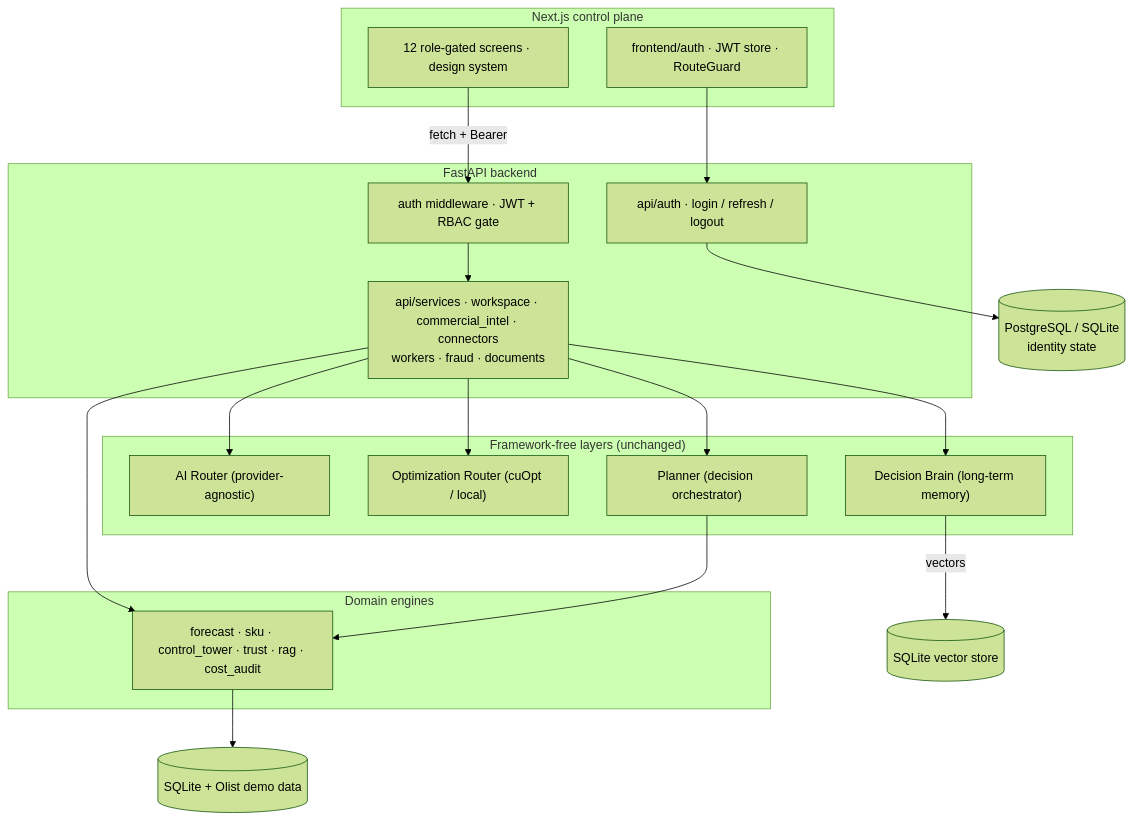
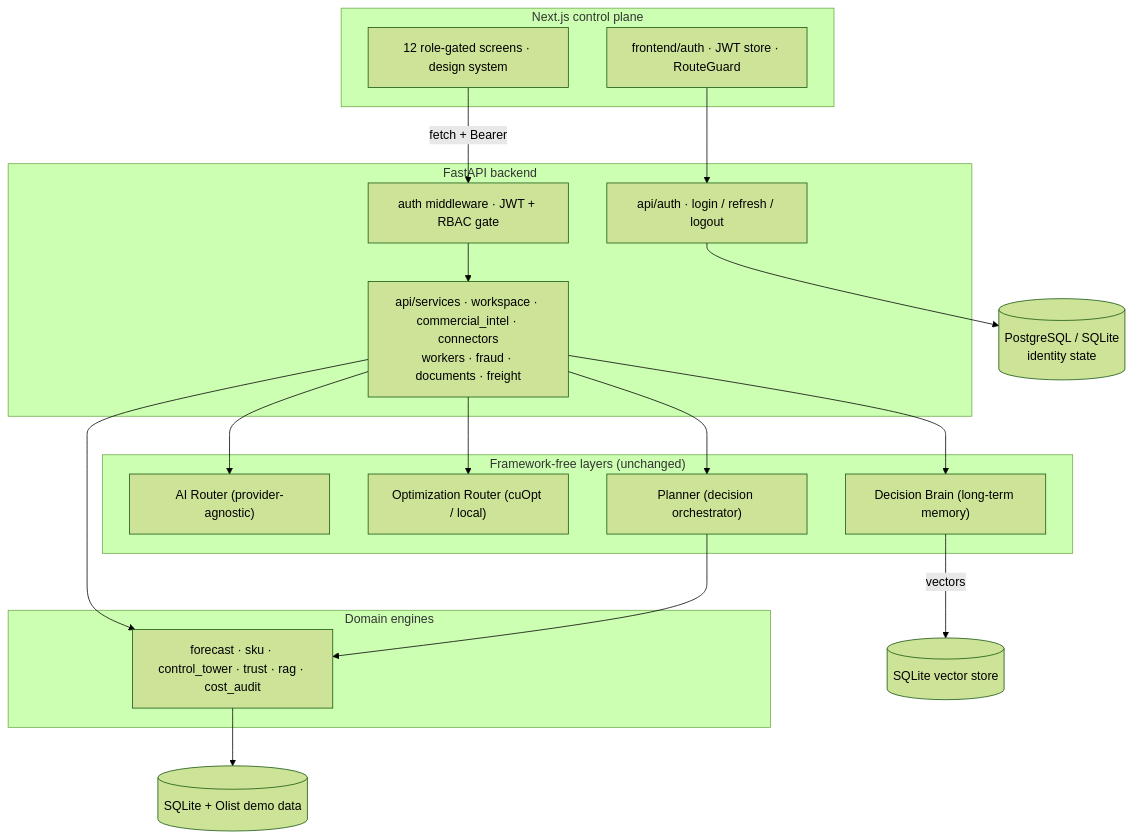
Before and after one commit to Kisharky/SupChainMate: the first of 3 diagrams in README.md, drawn with Mermaid (forest theme). The commit also changed other lines of this file and 2 other files, not shown here.

Commit message:
docs: document Freight Operations workspace
- README: add freight to the architecture diagram and repo tree.
- DEMO.md: add scenario I (Freight Ops — carrier vetting, matching, spot quote,
  triage).
- CHANGELOG: record the Freight Operations workspace.

Claude-Session: https://claude.ai/code/session_01FcZFiLSWXV6nXZRfZjFH21

````diff
--- a/README.md
+++ b/README.md
@@ -80,29 +80,29 @@
 ```mermaid
 flowchart TB
     subgraph Client["Next.js control plane"]
         UI["12 role-gated screens · design system"]
         AUTHFE["frontend/auth · JWT store · RouteGuard"]
     end
     subgraph API["FastAPI backend"]
         GATE["auth middleware · JWT + RBAC gate"]
         AUTH["api/auth · login / refresh / logout"]
-        SVC["api/services · workspace · commercial_intel · connectors<br/>workers · fraud · documents"]
+        SVC["api/services · workspace · commercial_intel · connectors<br/>workers · fraud · documents · freight"]
     end
     subgraph Intelligence["Framework-free layers (unchanged)"]
         AIR["AI Router (provider-agnostic)"]
         OPT["Optimization Router (cuOpt / local)"]
         PLN["Planner (decision orchestrator)"]
         BRN["Decision Brain (long-term memory)"]
     end
     subgraph Domain["Domain engines"]
         ENG["forecast · sku · control_tower · trust · rag · cost_audit"]
     end
     UI -->|"fetch + Bearer"| GATE
     AUTHFE --> AUTH
     GATE --> SVC --> ENG
     SVC --> AIR & OPT & PLN & BRN
     PLN --> ENG
     BRN -->|vectors| STORE[("SQLite vector store")]
     AUTH --> IDDB[("PostgreSQL / SQLite<br/>identity state")]
     ENG --> DEMO[("SQLite + Olist demo data")]
 ```
````
